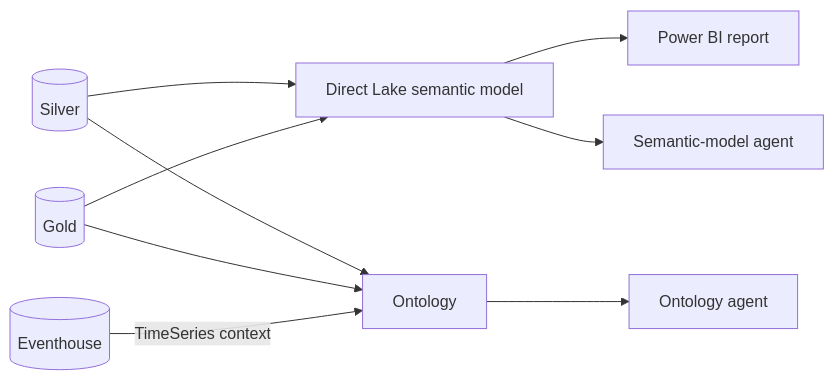
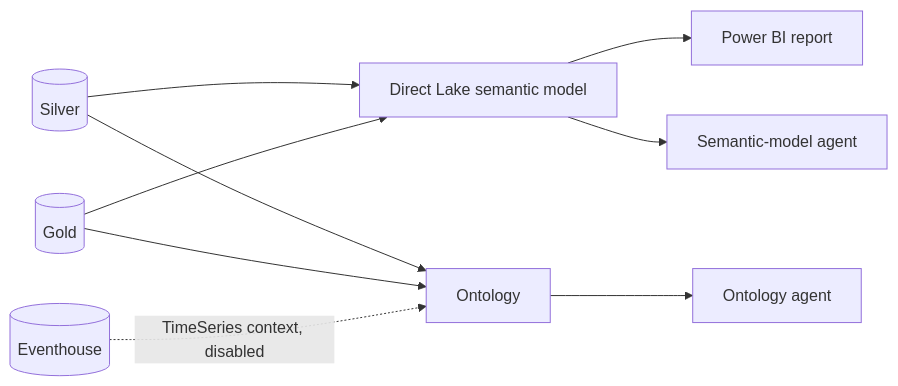
One commit to amattas/retail-demo changed the fifth of 5 diagrams in docs/design/architecture/data-flow.md. Above: the diagram before and after it, drawn with Mermaid. The commit also changed 16 other files, not shown here.

````diff
--- a/docs/design/architecture/data-flow.md
+++ b/docs/design/architecture/data-flow.md
@@ -92,10 +92,10 @@
 ```mermaid
 flowchart LR
     Silver[(Silver)] --> Model[Direct Lake semantic model]
     Gold[(Gold)] --> Model --> Report[Power BI report]
     Silver --> Ontology[Ontology]
     Gold --> Ontology
-    Event[(Eventhouse)] -->|TimeSeries context| Ontology
+    Event[(Eventhouse)] -.->|TimeSeries context, disabled| Ontology
     Model --> SMAgent[Semantic-model agent]
     Ontology --> OntAgent[Ontology agent]
 ```
````
